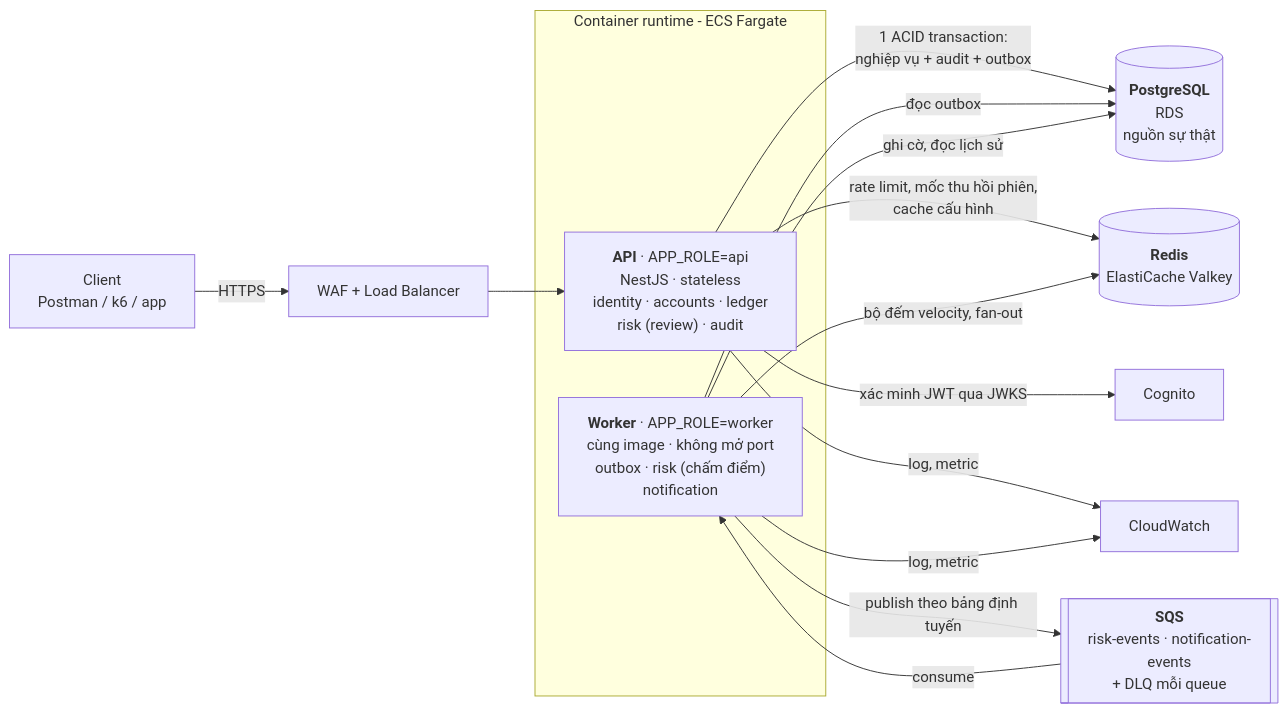
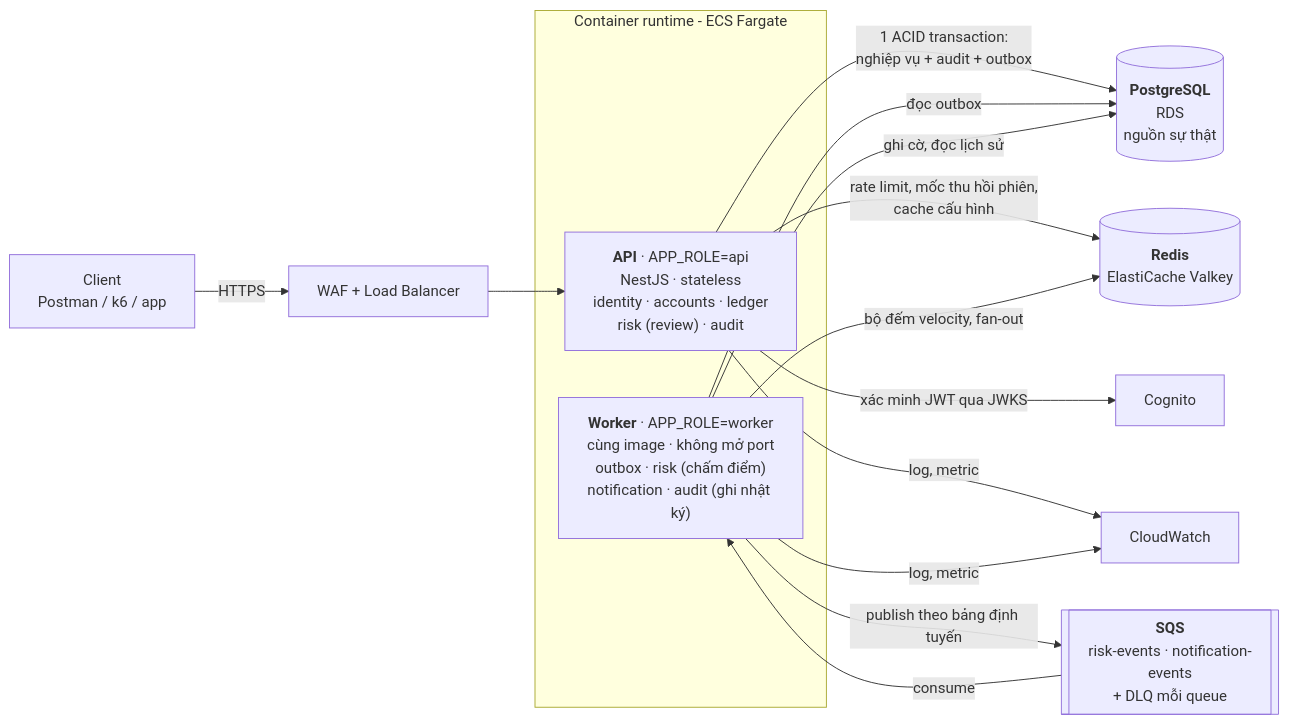
Before and after one commit to Lawliet119/digital-banking-simulator: the second of 14 diagrams in docs/03_HIGH_LEVEL_ARCHITECTURE.md, drawn with Mermaid. The commit also changed other lines of this file and 15 other files, not shown here.

````diff
--- a/docs/03_HIGH_LEVEL_ARCHITECTURE.md
+++ b/docs/03_HIGH_LEVEL_ARCHITECTURE.md
@@ -81,20 +81,20 @@
 ```mermaid
 flowchart LR
     C[Client<br/>Postman / k6 / app] -->|HTTPS| EDGE[WAF + Load Balancer]
     EDGE --> API
 
     subgraph RUN[Container runtime - ECS Fargate]
         API["<b>API</b> · APP_ROLE=api<br/>NestJS · stateless<br/>identity · accounts · ledger<br/>risk (review) · audit"]
-        WRK["<b>Worker</b> · APP_ROLE=worker<br/>cùng image · không mở port<br/>outbox · risk (chấm điểm)<br/>notification"]
+        WRK["<b>Worker</b> · APP_ROLE=worker<br/>cùng image · không mở port<br/>outbox · risk (chấm điểm)<br/>notification · audit (ghi nhật ký)"]
     end
 
     API -->|1 ACID transaction:<br/>nghiệp vụ + audit + outbox| PG[("<b>PostgreSQL</b><br/>RDS<br/>nguồn sự thật")]
     API -->|rate limit, mốc thu hồi phiên,<br/>cache cấu hình| RD[("<b>Redis</b><br/>ElastiCache Valkey")]
     API -->|xác minh JWT qua JWKS| COG[Cognito]
     WRK -->|đọc outbox| PG
     WRK -->|publish theo bảng định tuyến| Q[["<b>SQS</b><br/>risk-events · notification-events<br/>+ DLQ mỗi queue"]]
     Q -->|consume| WRK
     WRK -->|bộ đếm velocity, fan-out| RD
     WRK -->|ghi cờ, đọc lịch sử| PG
     API & WRK -->|log, metric| CW[CloudWatch]
 ```
````
